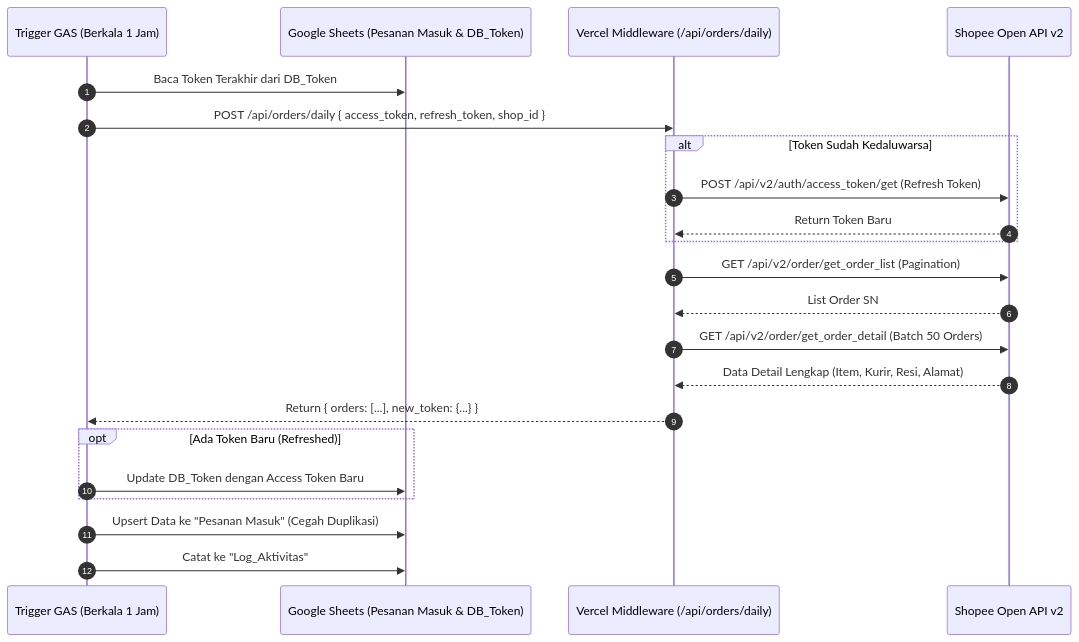
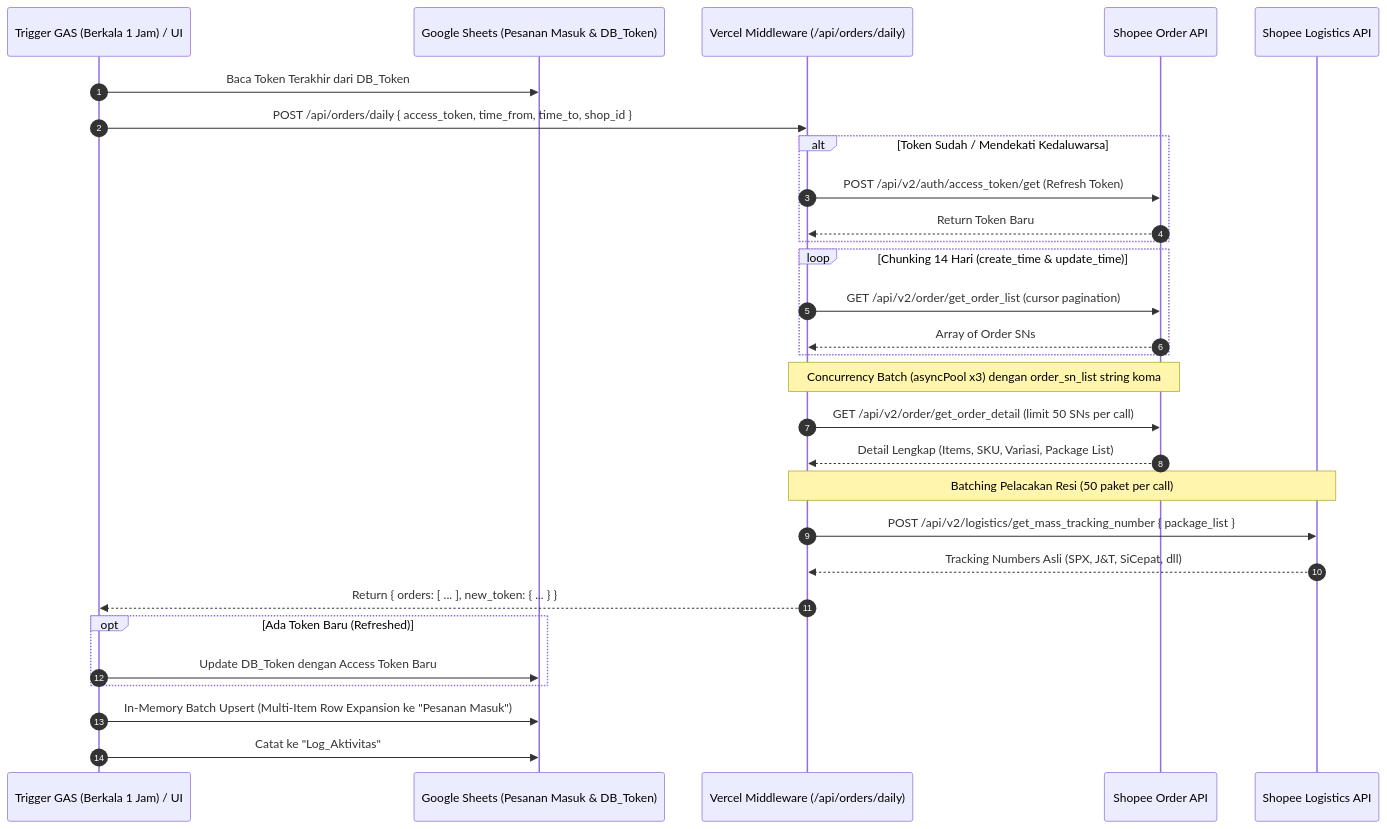
One commit to rkizg/shopee-middleware-erp changed the third of 3 diagrams in docs/arsitektur.md. Above: the diagram before and after it, drawn with Mermaid. The commit also changed other lines of this file and 5 other files, not shown here.

Commit message:
docs: perbarui dokumentasi 16 kolom, pemecahan baris produk, dan nomor resi shopee

````diff
--- a/docs/arsitektur.md
+++ b/docs/arsitektur.md
@@ -76,29 +76,39 @@
 ```mermaid
 sequenceDiagram
     autonumber
-    participant Trigger as Trigger GAS (Berkala 1 Jam)
+    participant Trigger as Trigger GAS (Berkala 1 Jam) / UI
     participant Sheet as Google Sheets (Pesanan Masuk & DB_Token)
     participant Vercel as Vercel Middleware (/api/orders/daily)
-    participant Shopee as Shopee Open API v2
+    participant ShopeeOrder as Shopee Order API
+    participant ShopeeLogistics as Shopee Logistics API
 
     Trigger->>Sheet: Baca Token Terakhir dari DB_Token
-    Trigger->>Vercel: POST /api/orders/daily { access_token, refresh_token, shop_id }
+    Trigger->>Vercel: POST /api/orders/daily { access_token, time_from, time_to, shop_id }
     
-    alt Token Sudah Kedaluwarsa
-        Vercel->>Shopee: POST /api/v2/auth/access_token/get (Refresh Token)
-        Shopee-->>Vercel: Return Token Baru
+    alt Token Sudah / Mendekati Kedaluwarsa
+        Vercel->>ShopeeOrder: POST /api/v2/auth/access_token/get (Refresh Token)
+        ShopeeOrder-->>Vercel: Return Token Baru
     end
 
-    Vercel->>Shopee: GET /api/v2/order/get_order_list (Pagination)
-    Shopee-->>Vercel: List Order SN
-    Vercel->>Shopee: GET /api/v2/order/get_order_detail (Batch 50 Orders)
-    Shopee-->>Vercel: Data Detail Lengkap (Item, Kurir, Resi, Alamat)
-    Vercel-->>Trigger: Return { orders: [...], new_token: {...} }
+    loop Chunking 14 Hari (create_time & update_time)
+        Vercel->>ShopeeOrder: GET /api/v2/order/get_order_list (cursor pagination)
+        ShopeeOrder-->>Vercel: Array of Order SNs
+    end
+
+    Note over Vercel,ShopeeOrder: Concurrency Batch (asyncPool x3) dengan order_sn_list string koma
+    Vercel->>ShopeeOrder: GET /api/v2/order/get_order_detail (limit 50 SNs per call)
+    ShopeeOrder-->>Vercel: Detail Lengkap (Items, SKU, Variasi, Package List)
+
+    Note over Vercel,ShopeeLogistics: Batching Pelacakan Resi (50 paket per call)
+    Vercel->>ShopeeLogistics: POST /api/v2/logistics/get_mass_tracking_number { package_list }
+    ShopeeLogistics-->>Vercel: Tracking Numbers Asli (SPX, J&T, SiCepat, dll)
+
+    Vercel-->>Trigger: Return { orders: [ ... ], new_token: { ... } }
 
     opt Ada Token Baru (Refreshed)
         Trigger->>Sheet: Update DB_Token dengan Access Token Baru
     end
 
-    Trigger->>Sheet: Upsert Data ke "Pesanan Masuk" (Cegah Duplikasi)
+    Trigger->>Sheet: In-Memory Batch Upsert (Multi-Item Row Expansion ke "Pesanan Masuk")
     Trigger->>Sheet: Catat ke "Log_Aktivitas"
 ```
````
